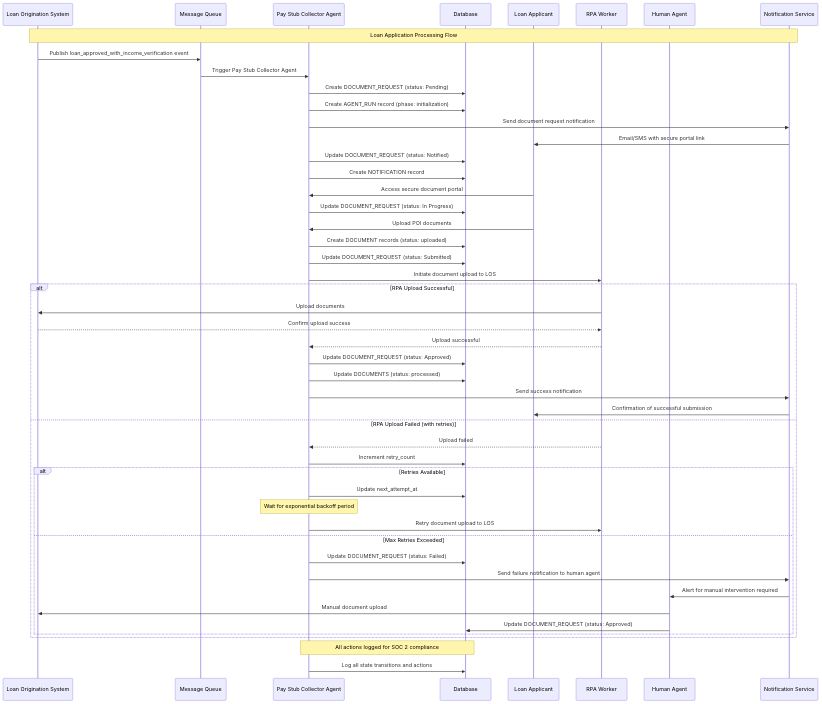
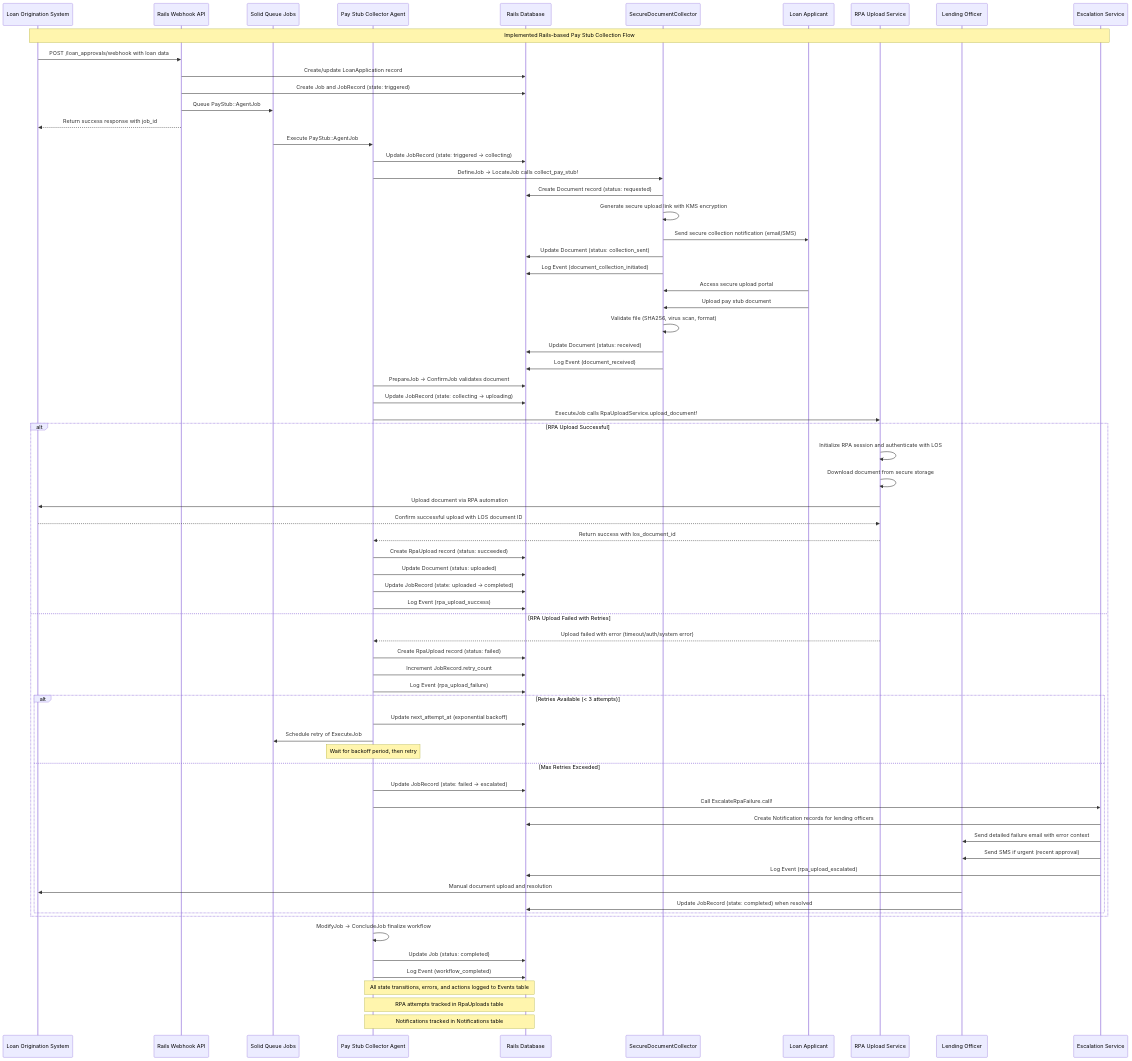
One commit to tacoda/psc_agent changed the second of 3 diagrams in docs/technical_design_document.md. Above: the diagram before and after it, drawn with Mermaid. The commit also changed other lines of this file, not shown here.

````diff
--- a/docs/technical_design_document.md
+++ b/docs/technical_design_document.md
@@ -349,66 +395,90 @@
 ```mermaid
 sequenceDiagram
     participant LOS as Loan Origination System
-    participant MQ as Message Queue
+    participant WebhookAPI as Rails Webhook API
+    participant SolidQueue as Solid Queue Jobs
     participant PSC as Pay Stub Collector Agent
-    participant DB as Database
+    participant DB as Rails Database
+    participant SecDoc as SecureDocumentCollector
     participant Applicant as Loan Applicant
-    participant RPA as RPA Worker
-    participant Human as Human Agent
-    participant NotificationService as Notification Service
+    participant RPA as RPA Upload Service
+    participant Human as Lending Officer
+    participant Escalation as Escalation Service
 
-    Note over LOS, NotificationService: Loan Application Processing Flow
+    Note over LOS, Escalation: Implemented Rails-based Pay Stub Collection Flow
 
-    %% Loan approval and triggering
-    LOS->>MQ: Publish loan_approved_with_income_verification event
-    MQ->>PSC: Trigger Pay Stub Collector Agent
-    PSC->>DB: Create DOCUMENT_REQUEST (status: Pending)
-    PSC->>DB: Create AGENT_RUN record (phase: initialization)
+    %% Loan approval webhook trigger
+    LOS->>WebhookAPI: POST /loan_approvals/webhook with loan data
+    WebhookAPI->>DB: Create/update LoanApplication record
+    WebhookAPI->>DB: Create Job and JobRecord (state: triggered)
+    WebhookAPI->>SolidQueue: Queue PayStub::AgentJob
+    WebhookAPI-->>LOS: Return success response with job_id
     
-    %% Applicant notification
-    PSC->>NotificationService: Send document request notification
-    NotificationService->>Applicant: Email/SMS with secure portal link
-    PSC->>DB: Update DOCUMENT_REQUEST (status: Notified)
-    PSC->>DB: Create NOTIFICATION record
+    %% Multi-phase job execution
+    SolidQueue->>PSC: Execute PayStub::AgentJob
+    PSC->>DB: Update JobRecord (state: triggered → collecting)
     
-    %% Document collection workflow
-    Applicant->>PSC: Access secure document portal
-    PSC->>DB: Update DOCUMENT_REQUEST (status: In Progress)
-    Applicant->>PSC: Upload POI documents
-    PSC->>DB: Create DOCUMENT records (status: uploaded)
-    PSC->>DB: Update DOCUMENT_REQUEST (status: Submitted)
+    %% Phase 1: Document Collection
+    PSC->>SecDoc: DefineJob → LocateJob calls collect_pay_stub!
+    SecDoc->>DB: Create Document record (status: requested)
+    SecDoc->>SecDoc: Generate secure upload link with KMS encryption
+    SecDoc->>Applicant: Send secure collection notification (email/SMS)
+    SecDoc->>DB: Update Document (status: collection_sent)
+    SecDoc->>DB: Log Event (document_collection_initiated)
     
-    %% Document processing and LOS integration
-    PSC->>RPA: Initiate document upload to LOS
+    %% Document upload by applicant
+    Applicant->>SecDoc: Access secure upload portal
+    Applicant->>SecDoc: Upload pay stub document
+    SecDoc->>SecDoc: Validate file (SHA256, virus scan, format)
+    SecDoc->>DB: Update Document (status: received)
+    SecDoc->>DB: Log Event (document_received)
+    
+    %% Phase 2: RPA Processing
+    PSC->>DB: PrepareJob → ConfirmJob validates document
+    PSC->>DB: Update JobRecord (state: collecting → uploading)
+    PSC->>RPA: ExecuteJob calls RpaUploadService.upload_document!
     
     alt RPA Upload Successful
-        RPA->>LOS: Upload documents
-        LOS-->>RPA: Confirm upload success
-        RPA-->>PSC: Upload successful
-        PSC->>DB: Update DOCUMENT_REQUEST (status: Approved)
-        PSC->>DB: Update DOCUMENTS (status: processed)
-        PSC->>NotificationService: Send success notification
-        NotificationService->>Applicant: Confirmation of successful submission
+        RPA->>RPA: Initialize RPA session and authenticate with LOS
+        RPA->>RPA: Download document from secure storage
+        RPA->>LOS: Upload document via RPA automation
+        LOS-->>RPA: Confirm successful upload with LOS document ID
+        RPA-->>PSC: Return success with los_document_id
+        PSC->>DB: Create RpaUpload record (status: succeeded)
+        PSC->>DB: Update Document (status: uploaded)
+        PSC->>DB: Update JobRecord (state: uploaded → completed)
+        PSC->>DB: Log Event (rpa_upload_success)
     
-    else RPA Upload Failed (with retries)
-        RPA-->>PSC: Upload failed
-        PSC->>DB: Increment retry_count
+    else RPA Upload Failed with Retries
+        RPA-->>PSC: Upload failed with error (timeout/auth/system error)
+        PSC->>DB: Create RpaUpload record (status: failed)
+        PSC->>DB: Increment JobRecord.retry_count
+        PSC->>DB: Log Event (rpa_upload_failure)
         
-        alt Retries Available
-            PSC->>DB: Update next_attempt_at
-            Note over PSC: Wait for exponential backoff period
-            PSC->>RPA: Retry document upload to LOS
+        alt Retries Available (< 3 attempts)
+            PSC->>DB: Update next_attempt_at (exponential backoff)
+            PSC->>SolidQueue: Schedule retry of ExecuteJob
+            Note over PSC: Wait for backoff period, then retry
         
         else Max Retries Exceeded
-            PSC->>DB: Update DOCUMENT_REQUEST (status: Failed)
-            PSC->>NotificationService: Send failure notification to human agent
-            NotificationService->>Human: Alert for manual intervention required
-            Human->>LOS: Manual document upload
-            Human->>DB: Update DOCUMENT_REQUEST (status: Approved)
+            PSC->>DB: Update JobRecord (state: failed → escalated)
+            PSC->>Escalation: Call EscalateRpaFailure.call!
+            Escalation->>DB: Create Notification records for lending officers
+            Escalation->>Human: Send detailed failure email with error context
+            Escalation->>Human: Send SMS if urgent (recent approval)
+            Escalation->>DB: Log Event (rpa_upload_escalated)
+            Human->>LOS: Manual document upload and resolution
+            Human->>DB: Update JobRecord (state: completed) when resolved
         end
     end
     
-    %% Audit logging throughout
-    Note over PSC, DB: All actions logged for SOC 2 compliance
-    PSC->>DB: Log all state transitions and actions
+    %% Phase 3: Completion
+    PSC->>PSC: ModifyJob → ConcludeJob finalize workflow
+    PSC->>DB: Update Job (status: completed)
+    PSC->>DB: Log Event (workflow_completed)
+    
+    %% Comprehensive audit logging
+    Note over PSC, DB: All state transitions, errors, and actions logged to Events table
+    Note over PSC, DB: RPA attempts tracked in RpaUploads table
+    Note over PSC, DB: Notifications tracked in Notifications table
 ```
````
